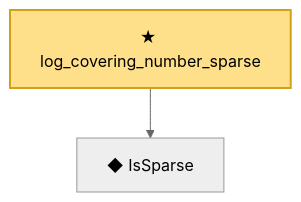
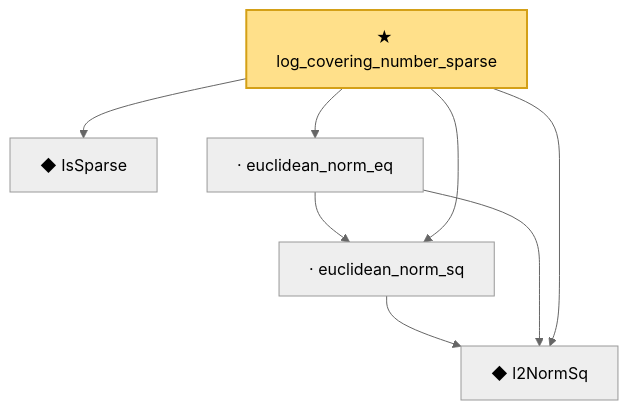
One commit to statopia/statlib-site changed the diagram in public/narratives/HighDim/log_covering_number_sparse.md. Above: the diagram before and after it, drawn with Mermaid (neutral theme). The commit also changed other lines of this file and 1165 other files, not shown here.

First line of the commit message:
feat: restructure to 6 pages + regenerate knowledge graph from main

````diff
--- a/public/narratives/HighDim/log_covering_number_sparse.md
+++ b/public/narratives/HighDim/log_covering_number_sparse.md
@@ -13,9 +16,18 @@
 ```mermaid
 flowchart TD
   n0["◆ IsSparse"]
-  n1["★ log_covering_number_sparse"]
-  n1 --> n0
-  class n1 headline;
+  n1["◆ l2NormSq"]
+  n2["· euclidean_norm_sq"]
+  n3["· euclidean_norm_eq"]
+  n4["★ log_covering_number_sparse"]
+  n2 --> n1
+  n3 --> n1
+  n3 --> n2
+  n4 --> n0
+  n4 --> n1
+  n4 --> n2
+  n4 --> n3
+  class n4 headline;
   classDef headline fill:#ffe08a,stroke:#d4a017,stroke-width:2px;
   classDef axiomNode fill:#ffd0d0,stroke:#c0392b,stroke-dasharray:4 2;
 ```
````
